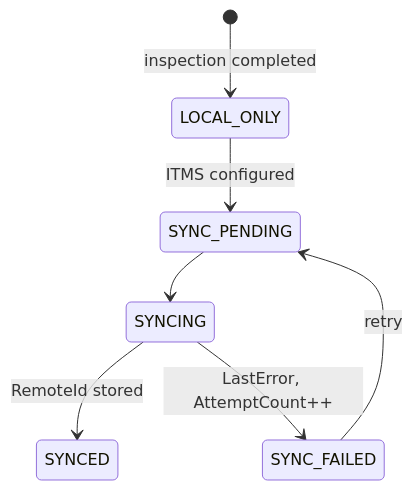
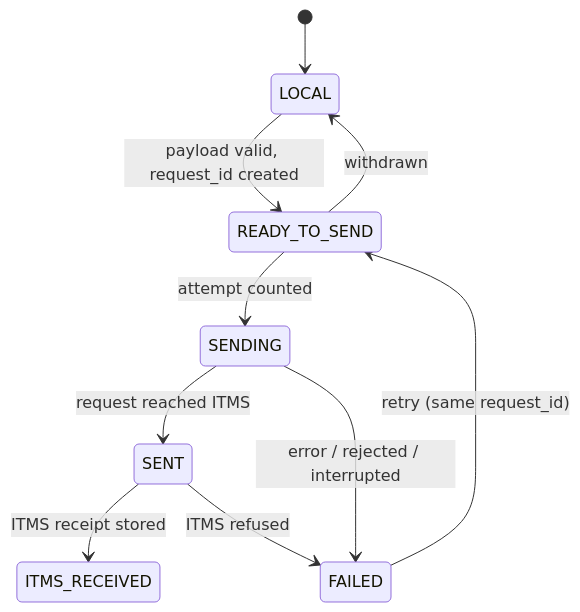
Before and after one commit to tirukon015/bbtech-laptop-tool: the diagram in docs/ITMS-INTEGRATION.md, drawn with Mermaid. The commit also changed other lines of this file and 31 other files, not shown here.

````diff
--- a/docs/ITMS-INTEGRATION.md
+++ b/docs/ITMS-INTEGRATION.md
@@ -19,9 +109,12 @@
 ```mermaid
 stateDiagram-v2
-    [*] --> LOCAL_ONLY: inspection completed
-    LOCAL_ONLY --> SYNC_PENDING: ITMS configured
-    SYNC_PENDING --> SYNCING
-    SYNCING --> SYNCED: RemoteId stored
-    SYNCING --> SYNC_FAILED: LastError, AttemptCount++
-    SYNC_FAILED --> SYNC_PENDING: retry
+    [*] --> LOCAL
+    LOCAL --> READY_TO_SEND: payload valid, request_id created
+    READY_TO_SEND --> LOCAL: withdrawn
+    READY_TO_SEND --> SENDING: attempt counted
+    SENDING --> SENT: request reached ITMS
+    SENDING --> FAILED: error / rejected / interrupted
+    SENT --> ITMS_RECEIVED: ITMS receipt stored
+    SENT --> FAILED: ITMS refused
+    FAILED --> READY_TO_SEND: retry (same request_id)
 ```
````
